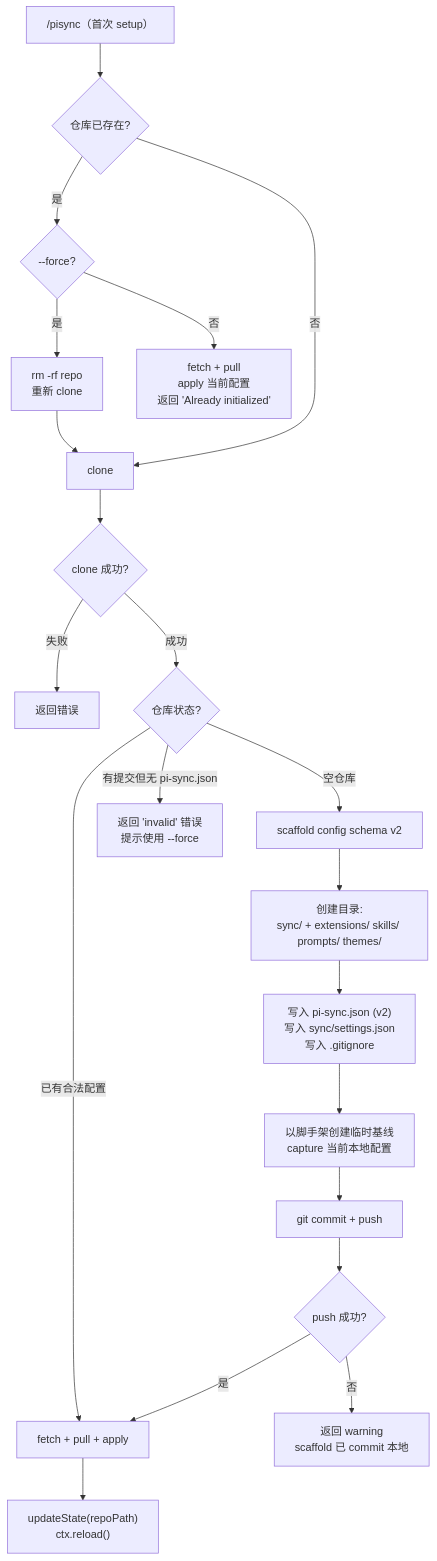
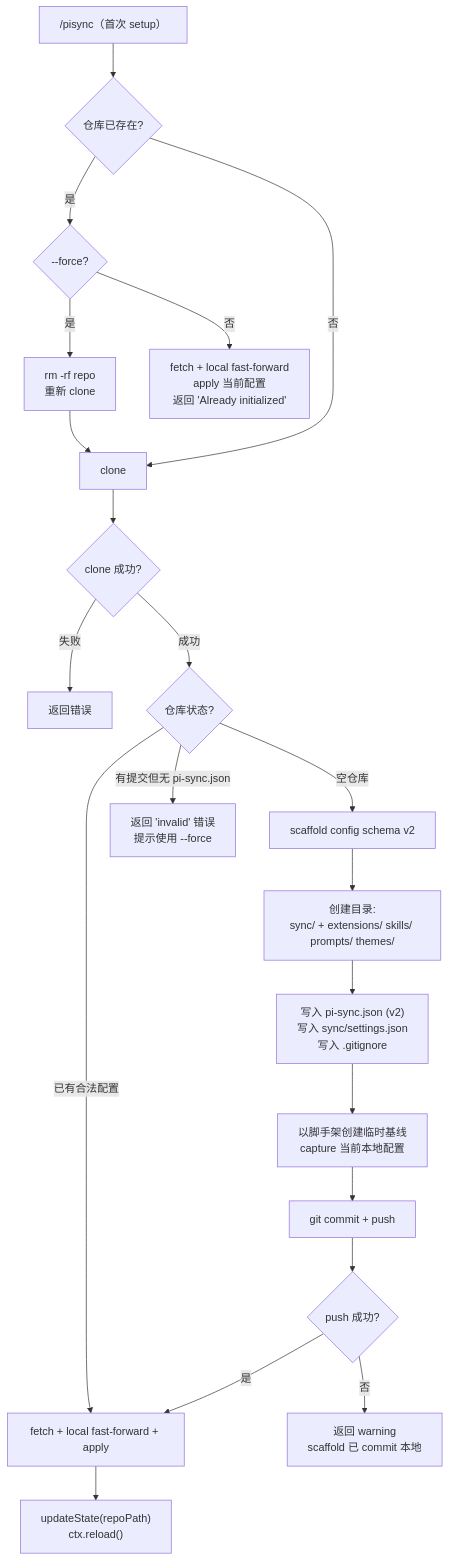
Before and after one commit to jachy-h/pi-git-sync: the ninth of 12 diagrams in docs/architecture.md, drawn with Mermaid. The commit also changed other lines of this file and 22 other files, not shown here.

````diff
--- a/docs/architecture.md
+++ b/docs/architecture.md
@@ -530,27 +530,27 @@
 ```mermaid
 flowchart TD
     A["/pisync（首次 setup）"] --> B{仓库已存在?}
     B -->|是| C{--force?}
     C -->|是| D["rm -rf repo<br/>重新 clone"]
-    C -->|否| E["fetch + pull<br/>apply 当前配置<br/>返回 'Already initialized'"]
+    C -->|否| E["fetch + local fast-forward<br/>apply 当前配置<br/>返回 'Already initialized'"]
     D --> F[clone]
     B -->|否| F
     
     F --> G{clone 成功?}
     G -->|失败| H[返回错误]
     G -->|成功| I{仓库状态?}
     
     I -->|空仓库| J[scaffold config schema v2]
-    I -->|已有合法配置| K[fetch + pull + apply]
+    I -->|已有合法配置| K[fetch + local fast-forward + apply]
     I -->|有提交但无 pi-sync.json| L["返回 'invalid' 错误<br/>提示使用 --force"]
     
     J --> M["创建目录:<br/>sync/ + extensions/ skills/ prompts/ themes/"]
     M --> N["写入 pi-sync.json (v2)<br/>写入 sync/settings.json<br/>写入 .gitignore"]
     N --> C1["以脚手架创建临时基线<br/>capture 当前本地配置"]
     C1 --> O["git commit + push"]
     O --> P{push 成功?}
     P -->|是| K
     P -->|否| Q["返回 warning<br/>scaffold 已 commit 本地"]
     
     K --> R["updateState(repoPath)<br/>ctx.reload()"]
 ```
````
